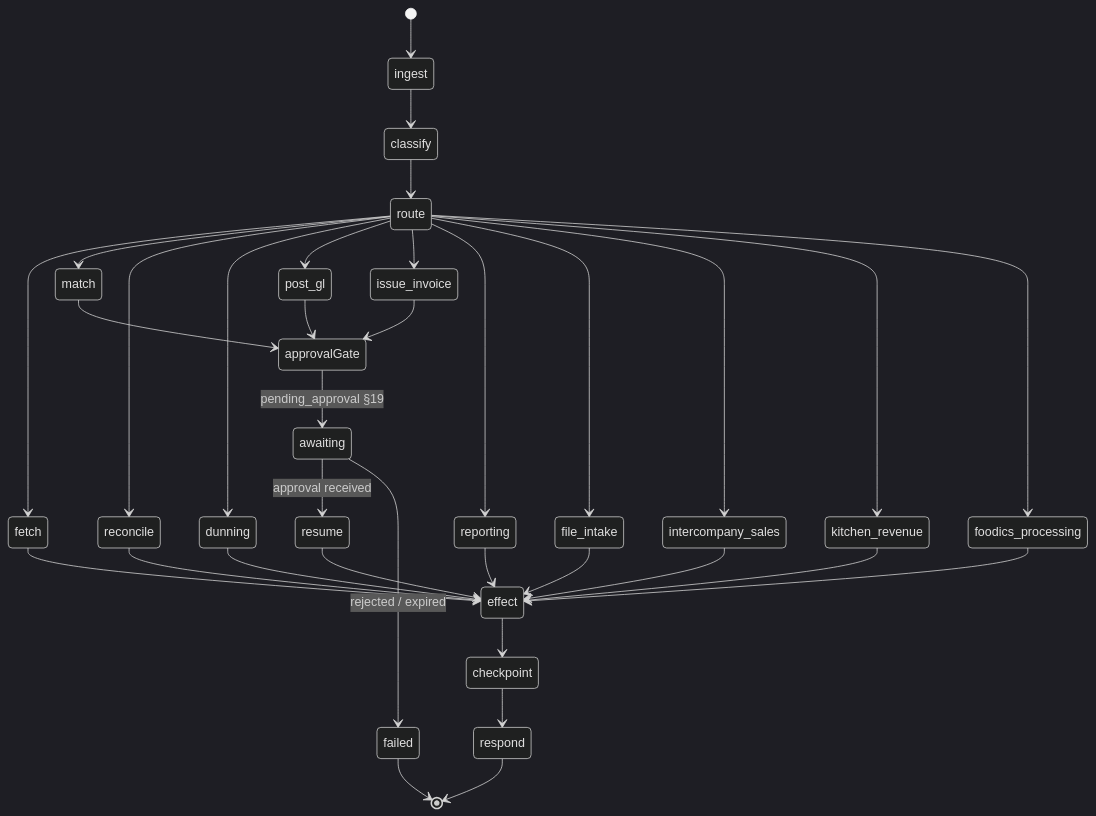
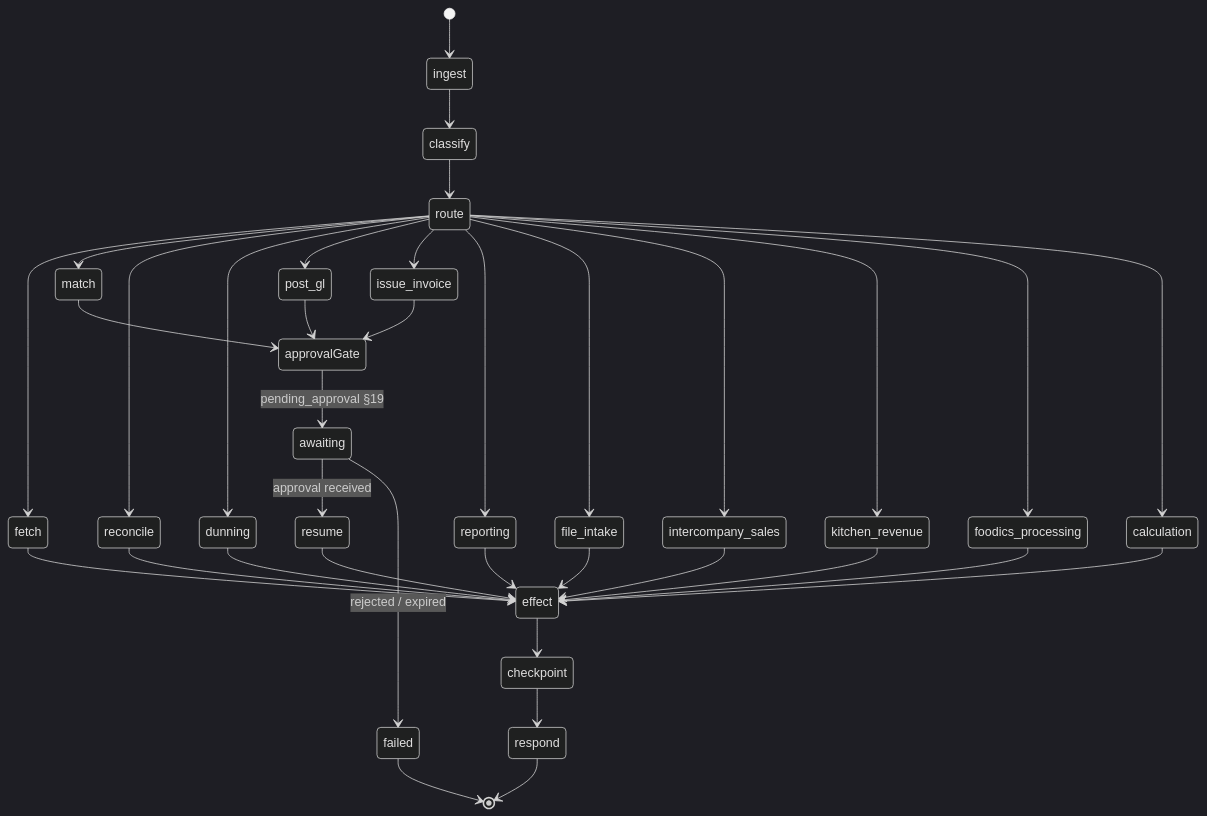
The third of 10 diagrams in docs/cosmic-ar-architecture.md (ugenkudupudiqbnox/ai-platform), drawn with Mermaid (dark theme) before and after one commit. The commit also changed other lines of this file and 21 other files, not shown here.

````diff
--- a/docs/cosmic-ar-architecture.md
+++ b/docs/cosmic-ar-architecture.md
@@ -193,36 +214,38 @@
 ```mermaid
 stateDiagram-v2
   [*] --> ingest
   ingest --> classify
   classify --> route
   route --> fetch
   route --> match
   route --> reconcile
   route --> dunning
   route --> post_gl
   route --> issue_invoice
   route --> reporting
   route --> file_intake
   route --> intercompany_sales
   route --> kitchen_revenue
   route --> foodics_processing
+  route --> calculation
   match --> approvalGate
   post_gl --> approvalGate
   issue_invoice --> approvalGate
   approvalGate --> awaiting: pending_approval §19
   awaiting --> resume: approval received
   resume --> effect
   fetch --> effect
   file_intake --> effect
   intercompany_sales --> effect
   kitchen_revenue --> effect
   foodics_processing --> effect
+  calculation --> effect
   reconcile --> effect
   dunning --> effect
   reporting --> effect
   effect --> checkpoint
   checkpoint --> respond
   respond --> [*]
   awaiting --> failed: rejected / expired
   failed --> [*]
 ```
````
